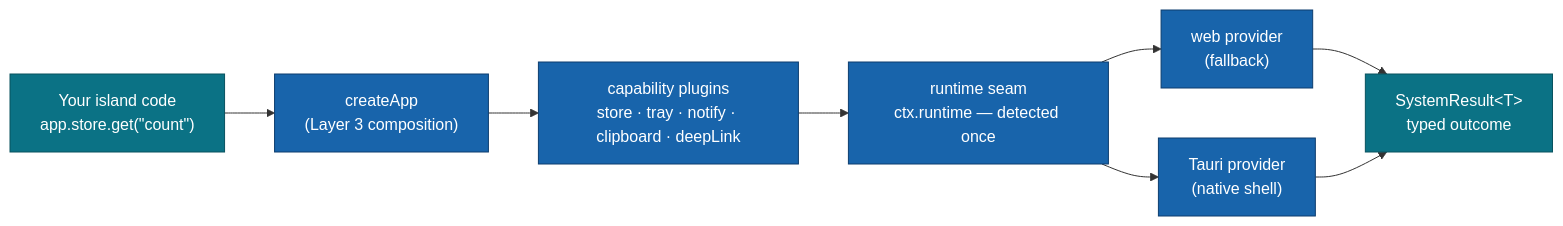
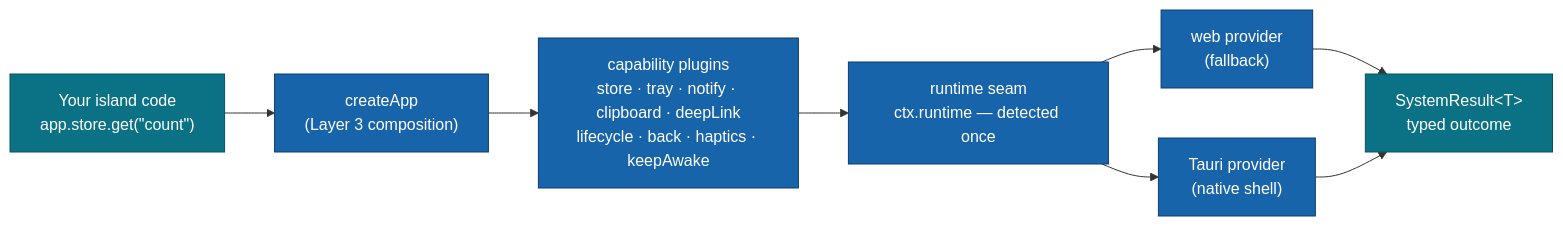
One commit to moku-labs/system changed the diagram in README.md. Above: the diagram before and after it, drawn with Mermaid. The commit also changed other lines of this file and 2 other files, not shown here.

Commit message:
docs: lifecycle, back, haptics, keepAwake in README and llms

````diff
--- a/README.md
+++ b/README.md
@@ -75,14 +76,14 @@
 ```mermaid
 flowchart LR
   C["Your island code<br/>app.store.get(&quot;count&quot;)"] --> A["createApp<br/>(Layer 3 composition)"]
-  A --> P["capability plugins<br/>store · tray · notify · clipboard · deepLink"]
+  A --> P["capability plugins<br/>store · tray · notify · clipboard · deepLink<br/>lifecycle · back · haptics · keepAwake"]
   P --> R["runtime seam<br/>ctx.runtime — detected once"]
   R --> W["web provider<br/>(fallback)"]
   R --> T["Tauri provider<br/>(native shell)"]
   W --> S["SystemResult&lt;T&gt;<br/>typed outcome"]
   T --> S
   classDef u fill:#0b7285,stroke:#08525f,color:#fff;
   classDef m fill:#1864ab,stroke:#0d3d6e,color:#fff;
   class C,S u
   class A,P,R,W,T m
 ```
````
